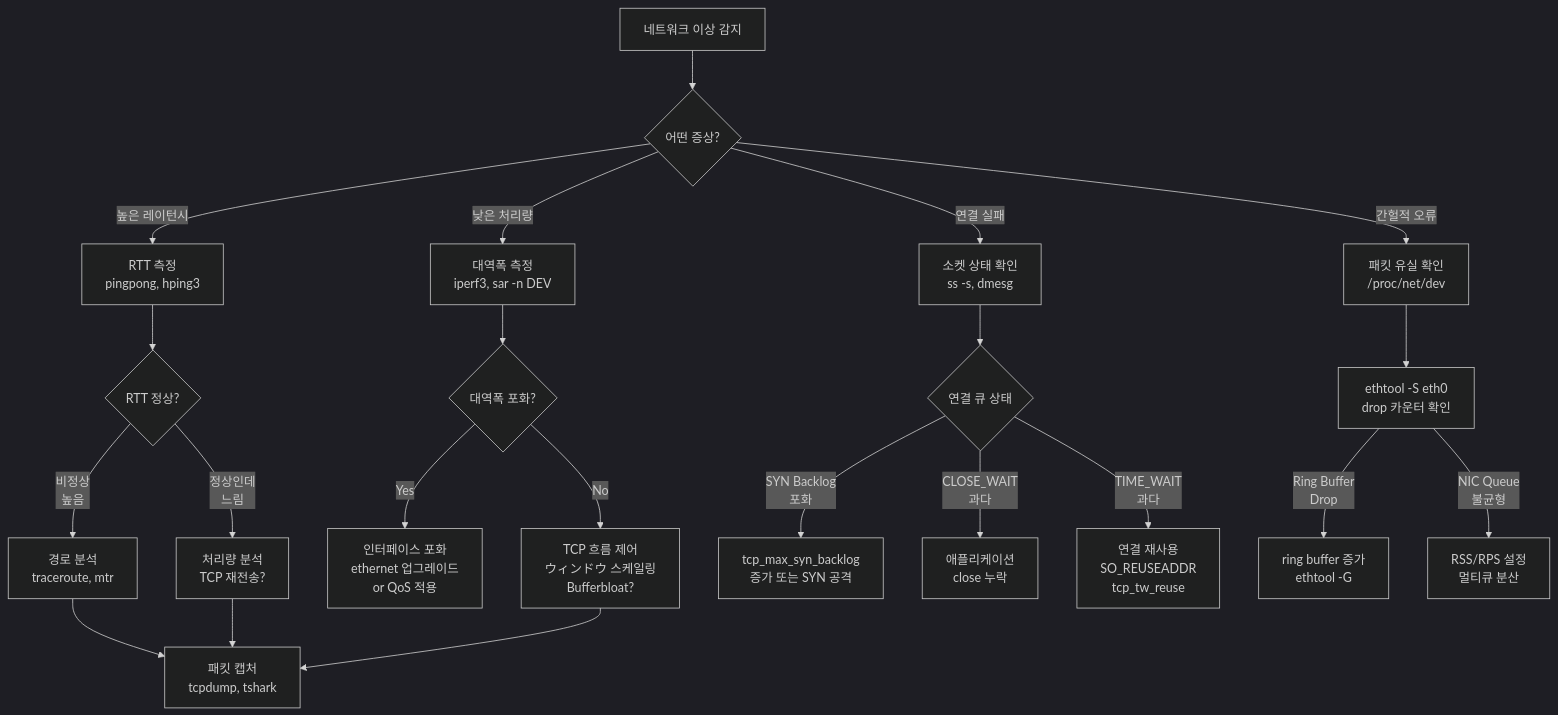
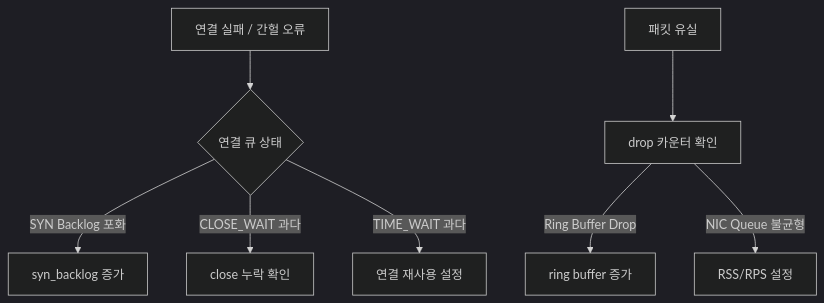
One commit to moonblueblue/devops-wiki changed the third of 7 diagrams in content/linux/performance/network-performance.md. Above: the diagram before and after it, drawn with Mermaid (dark theme). The commit also changed other lines of this file and 12 other files, not shown here.

First line of the commit message:
style: linux 섹션 전체 ASCII art 제거 및 Mermaid 규칙 적용

````diff
--- a/content/linux/performance/network-performance.md
+++ b/content/linux/performance/network-performance.md
@@ -46,30 +70,11 @@
 ```mermaid
 flowchart TD
-    A[네트워크 이상 감지] --> B{어떤 증상?}
+    A[연결 실패 / 간헐 오류] --> B{연결 큐 상태}
+    B -->|SYN Backlog 포화| C[syn_backlog 증가]
+    B -->|CLOSE_WAIT 과다| D[close 누락 확인]
+    B -->|TIME_WAIT 과다| E[연결 재사용 설정]
 
-    B -->|높은 레이턴시| C[RTT 측정\npingpong, hping3]
-    B -->|낮은 처리량| D[대역폭 측정\niperf3, sar -n DEV]
-    B -->|연결 실패| E[소켓 상태 확인\nss -s, dmesg]
-    B -->|간헐적 오류| F[패킷 유실 확인\n/proc/net/dev]
-
-    C --> G{RTT 정상?}
-    G -->|비정상\n높음| H[경로 분석\ntraceroute, mtr]
-    G -->|정상인데\n느림| I[처리량 분석\nTCP 재전송?]
-
-    D --> J{대역폭 포화?}
-    J -->|Yes| K[인터페이스 포화\nethernet 업그레이드\nor QoS 적용]
-    J -->|No| L[TCP 흐름 제어\nウィンドウ 스케일링\nBufferbloat?]
-
-    E --> M{연결 큐 상태}
-    M -->|SYN Backlog\n포화| N[tcp_max_syn_backlog\n증가 또는 SYN 공격]
-    M -->|CLOSE_WAIT\n과다| O[애플리케이션\nclose 누락]
-    M -->|TIME_WAIT\n과다| P[연결 재사용\nSO_REUSEADDR\ntcp_tw_reuse]
-
-    F --> Q[ethtool -S eth0\ndrop 카운터 확인]
-    Q -->|Ring Buffer\nDrop| R[ring buffer 증가\nethtool -G]
-    Q -->|NIC Queue\n불균형| S[RSS/RPS 설정\n멀티큐 분산]
-
-    H --> T[패킷 캡처\ntcpdump, tshark]
-    I --> T
-    L --> T
+    F[패킷 유실] --> G[drop 카운터 확인]
+    G -->|Ring Buffer Drop| H[ring buffer 증가]
+    G -->|NIC Queue 불균형| I[RSS/RPS 설정]
 ```
````
